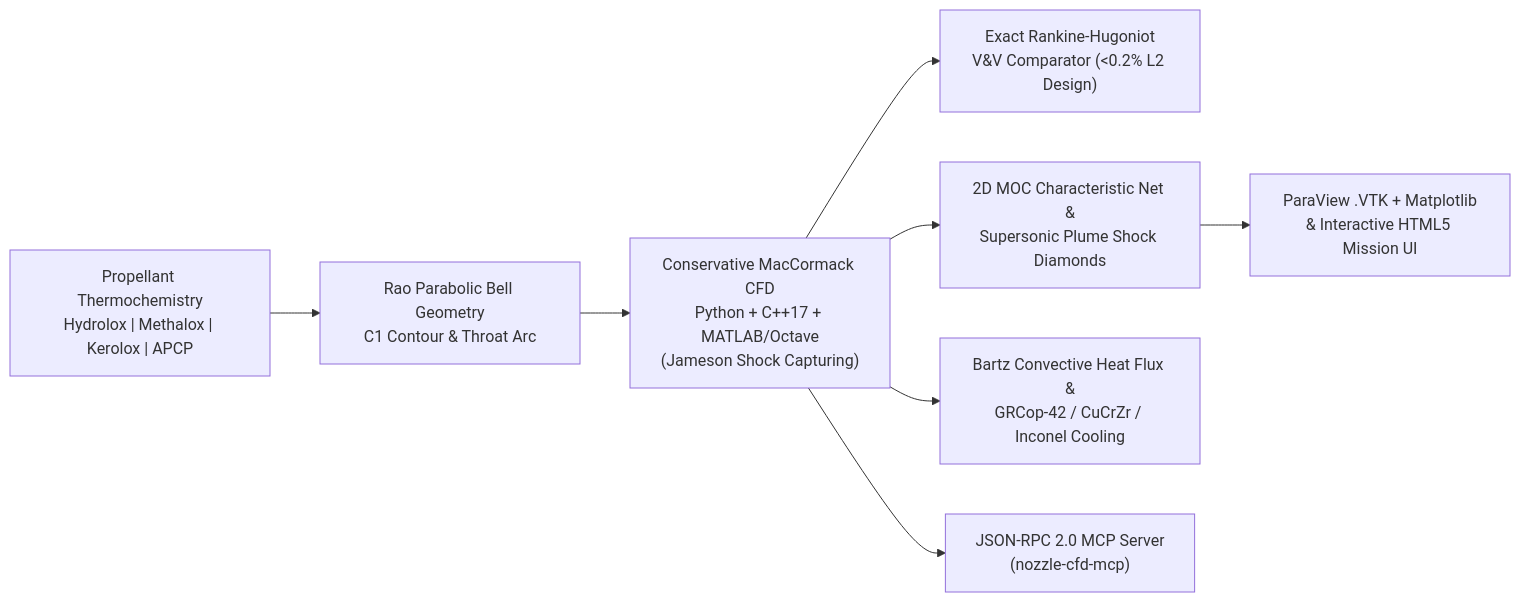
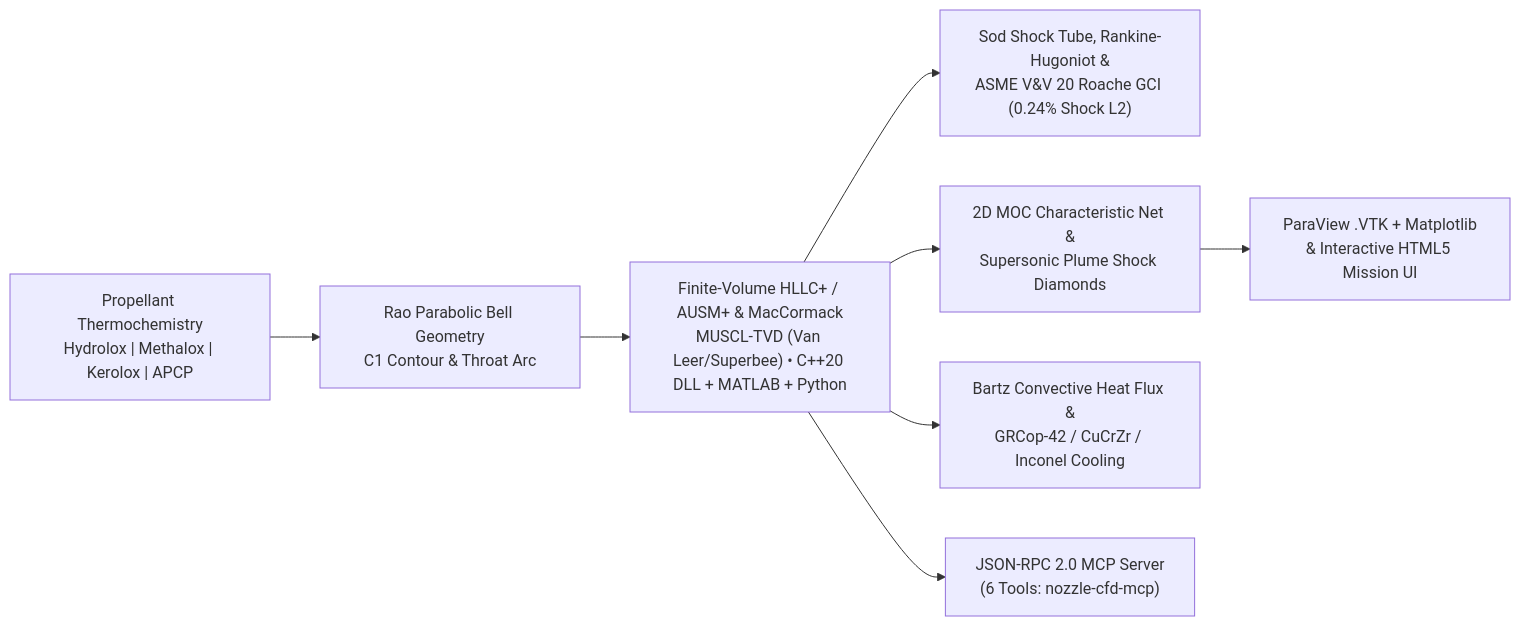
Before and after one commit to perfectalone375/nozzle-cfd-propulsion: the diagram in README.md, drawn with Mermaid. The commit also changed other lines of this file and 18 other files, not shown here.

Commit message:
feat(fvm): add C++20/Python/Octave HLLC+ MUSCL-TVD Riemann solver and ASME V&V 20 GCI (#2)

````diff
--- a/README.md
+++ b/README.md
@@ -15,10 +15,10 @@
 ```mermaid
 flowchart LR
     P["Propellant Thermochemistry\nHydrolox | Methalox | Kerolox | APCP"] --> G["Rao Parabolic Bell Geometry\nC1 Contour & Throat Arc"]
-    G --> CFD["Conservative MacCormack CFD\nPython + C++17 + MATLAB/Octave\n(Jameson Shock Capturing)"]
-    CFD --> VAL["Exact Rankine-Hugoniot\nV&V Comparator (<0.2% L2 Design)"]
+    G --> CFD["Finite-Volume HLLC+ / AUSM+ & MacCormack\nMUSCL-TVD (Van Leer/Superbee) • C++20 DLL + MATLAB + Python"]
+    CFD --> VAL["Sod Shock Tube, Rankine-Hugoniot &\nASME V&V 20 Roache GCI (0.24% Shock L2)"]
     CFD --> MOC["2D MOC Characteristic Net &\nSupersonic Plume Shock Diamonds"]
     CFD --> THERM["Bartz Convective Heat Flux &\nGRCop-42 / CuCrZr / Inconel Cooling"]
     MOC --> VTK["ParaView .VTK + Matplotlib\n& Interactive HTML5 Mission UI"]
-    CFD --> MCP["JSON-RPC 2.0 MCP Server\n(nozzle-cfd-mcp)"]
+    CFD --> MCP["JSON-RPC 2.0 MCP Server\n(6 Tools: nozzle-cfd-mcp)"]
 ```
````
